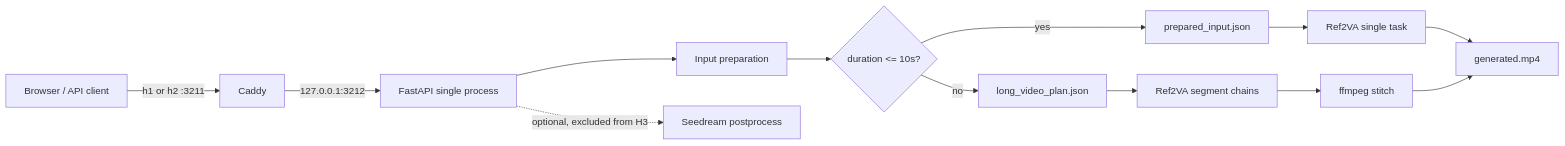
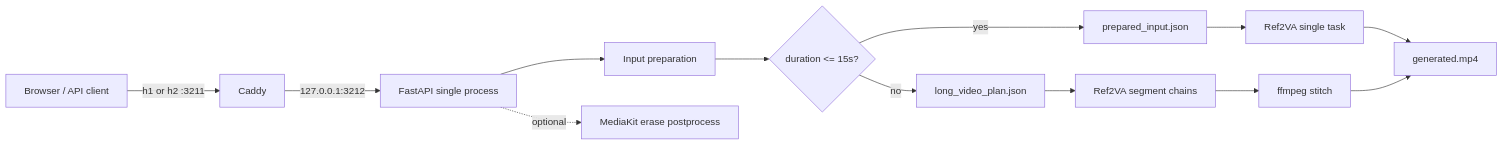
Before and after one commit to xy-plus/duet-ad: the first of 3 diagrams in docs/agent/architecture/architecture.md, drawn with Mermaid. The commit also changed other lines of this file and 45 other files, not shown here.

````diff
--- a/docs/agent/architecture/architecture.md
+++ b/docs/agent/architecture/architecture.md
@@ -17,15 +17,15 @@
 ```mermaid
 flowchart LR
   U[Browser / API client] -->|h1 or h2 :3211| C[Caddy]
   C -->|127.0.0.1:3212| A[FastAPI single process]
   A --> P[Input preparation]
-  P --> Q{duration <= 10s?}
+  P --> Q{duration <= 15s?}
   Q -->|yes| R[prepared_input.json]
   Q -->|no| L[long_video_plan.json]
   R --> H[Ref2VA single task]
   L --> F[Ref2VA segment chains]
   H --> V[generated.mp4]
   F --> X[ffmpeg stitch]
   X --> V
-  A -. optional, excluded from H3 .-> S[Seedream postprocess]
+  A -. optional .-> S[MediaKit erase postprocess]
 ```
````
